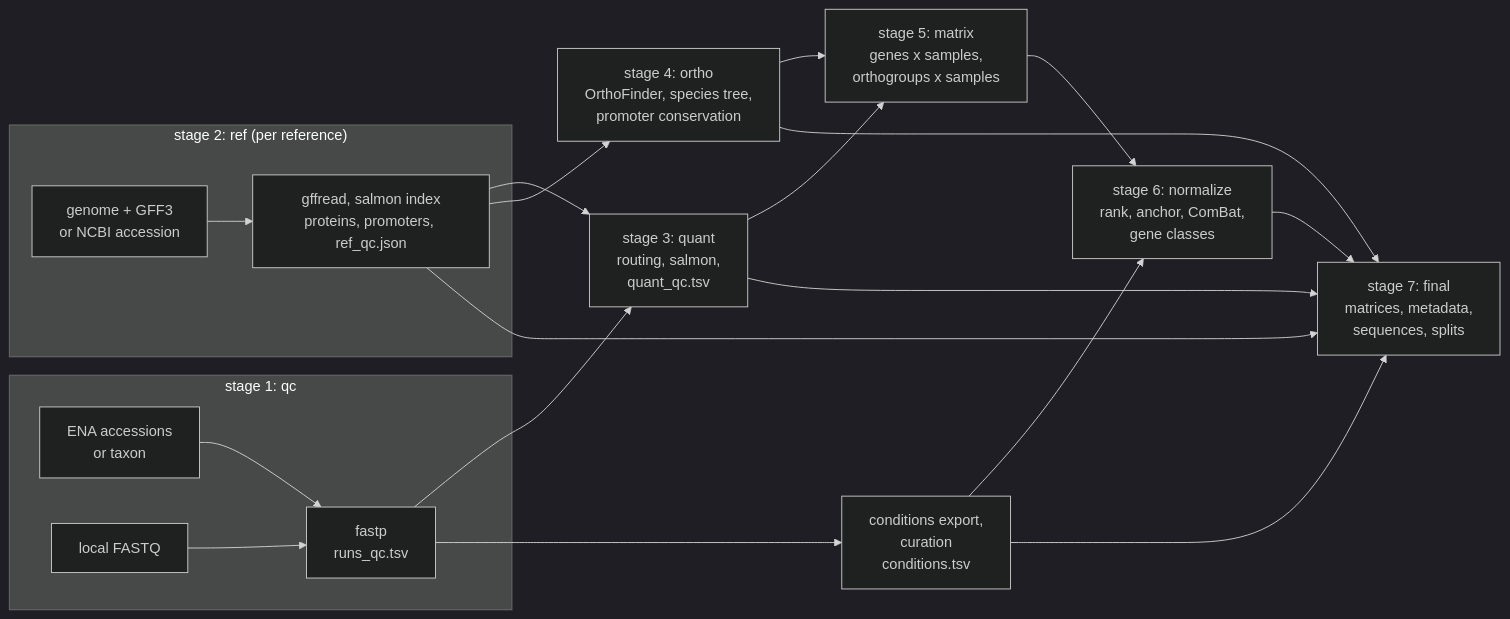
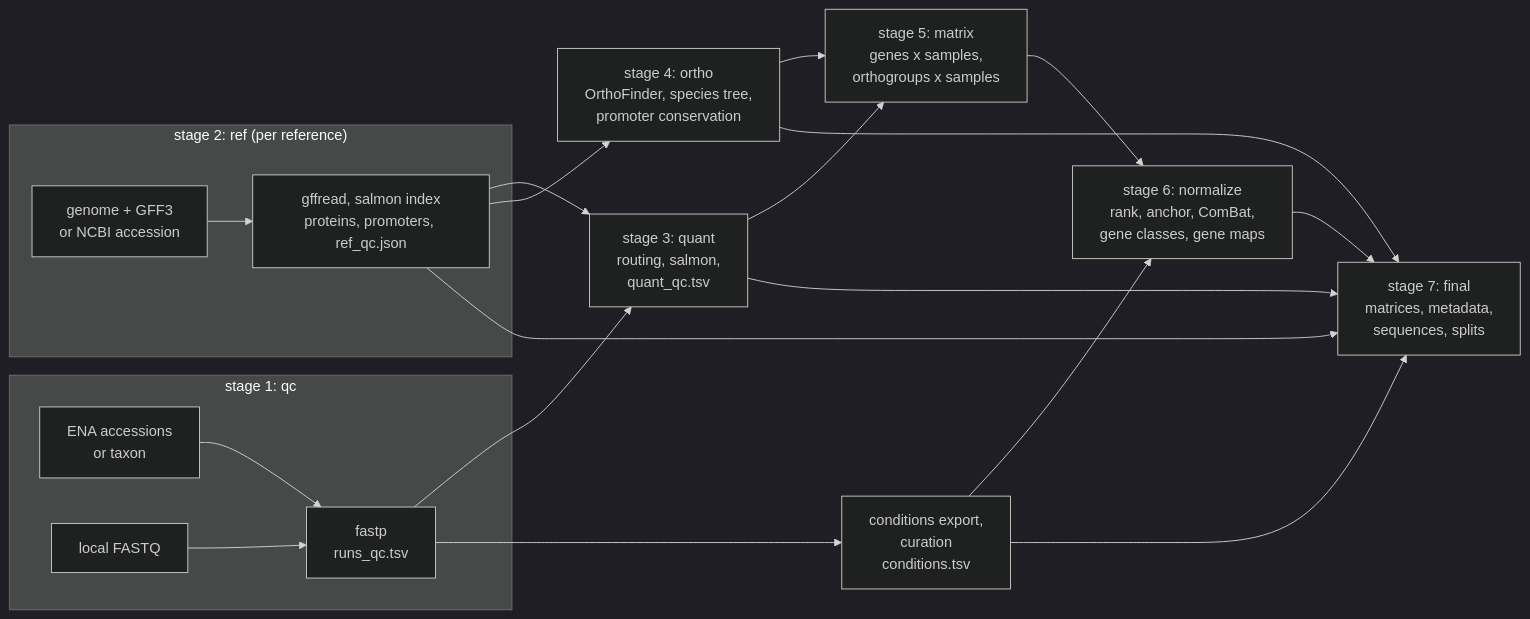
Before and after one commit to StanGoleb/igem-warsaw-rnaseq: the diagram in README.md, drawn with Mermaid (dark theme). The commit also changed other lines of this file, not shown here.

````diff
--- a/README.md
+++ b/README.md
@@ -85,23 +85,23 @@
 ```mermaid
 flowchart LR
     subgraph reads["stage 1: qc"]
         E[ENA accessions<br/>or taxon] --> Q["fastp<br/>runs_qc.tsv"]
         L[local FASTQ] --> Q
     end
     subgraph refs["stage 2: ref (per reference)"]
         G[genome + GFF3<br/>or NCBI accession] --> R["gffread, salmon index<br/>proteins, promoters, ref_qc.json"]
     end
     Q --> S["stage 3: quant<br/>routing, salmon,<br/>quant_qc.tsv"]
     R --> S
     R --> O["stage 4: ortho<br/>OrthoFinder, species tree,<br/>promoter conservation"]
     S --> M["stage 5: matrix<br/>genes x samples,<br/>orthogroups x samples"]
     O --> M
-    M --> N["stage 6: normalize<br/>rank, anchor, ComBat,<br/>gene classes"]
+    M --> N["stage 6: normalize<br/>rank, anchor, ComBat,<br/>gene classes, gene maps"]
     N --> F["stage 7: final<br/>matrices, metadata,<br/>sequences, splits"]
     O --> F
     R --> F
     S --> F
     Q --> C["conditions export,<br/>curation<br/>conditions.tsv"]
     C --> N
     C --> F
 ```
````
